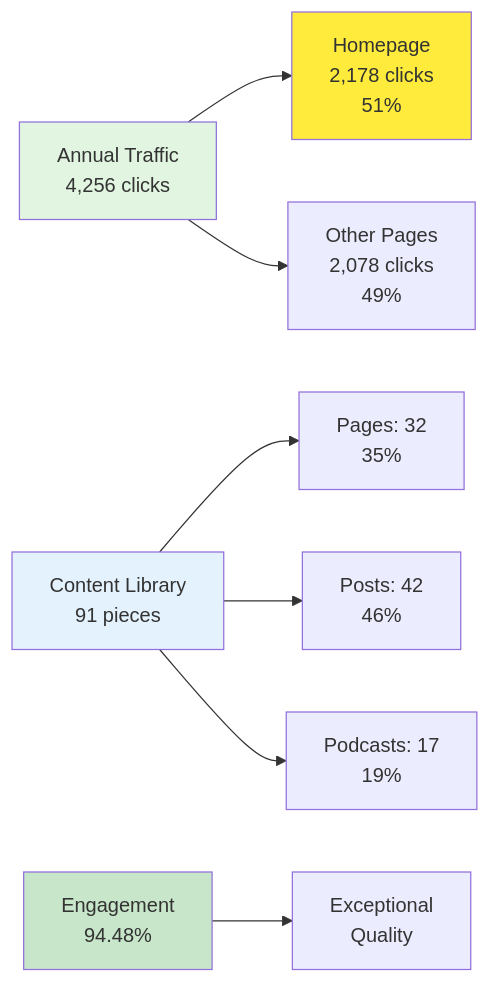
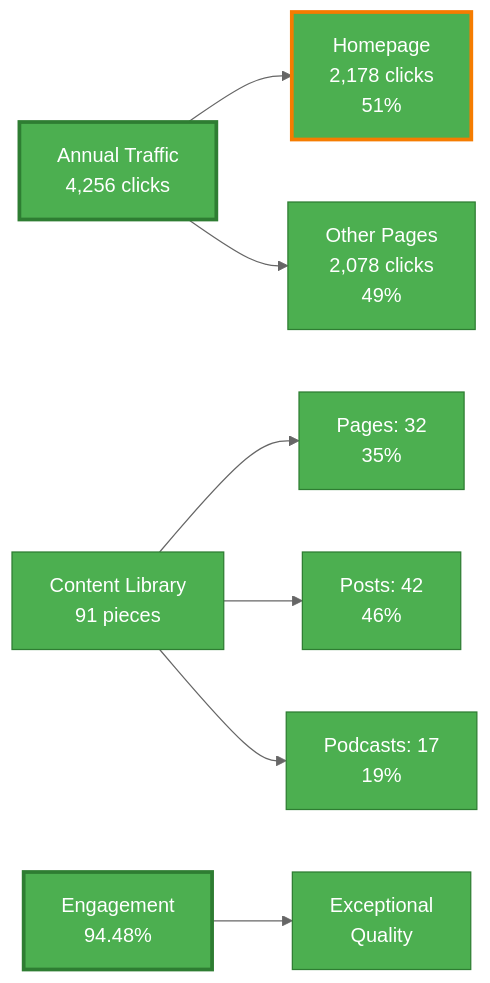
Before and after one commit to neothink-society/neothink.com: the first of 2 diagrams in STATUS.md, drawn with Mermaid. The commit also changed other lines of this file and 3 other files, not shown here.

First line of the commit message:
Fix Mermaid diagrams for light/dark mode compatibility

````diff
--- a/STATUS.md
+++ b/STATUS.md
@@ -11,16 +11,16 @@
 ```mermaid
+%%{init: {'theme':'base', 'themeVariables': { 'primaryColor':'#4CAF50', 'primaryTextColor':'#fff', 'primaryBorderColor':'#2E7D32', 'lineColor':'#666'}}}%%
 graph LR
     A[Annual Traffic<br/>4,256 clicks] --> B[Homepage<br/>2,178 clicks<br/>51%]
     A --> C[Other Pages<br/>2,078 clicks<br/>49%]
 
     D[Content Library<br/>91 pieces] --> E[Pages: 32<br/>35%]
     D --> F[Posts: 42<br/>46%]
     D --> G[Podcasts: 17<br/>19%]
 
     H[Engagement<br/>94.48%] --> I[Exceptional<br/>Quality]
 
-    style A fill:#e1f5e1
-    style B fill:#ffeb3b
-    style D fill:#e3f2fd
-    style H fill:#c8e6c9
+    style A stroke:#2E7D32,stroke-width:3px
+    style B stroke:#F57C00,stroke-width:3px
+    style H stroke:#2E7D32,stroke-width:3px
 ```
````
